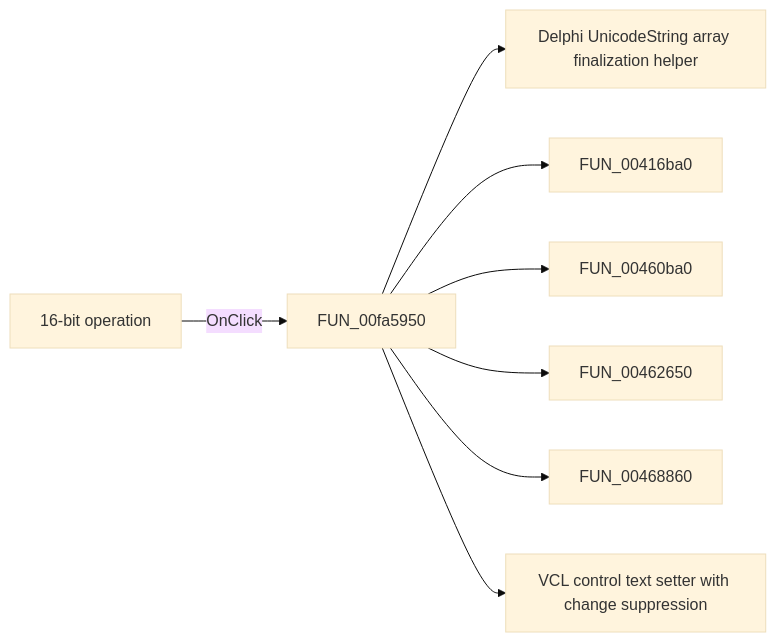
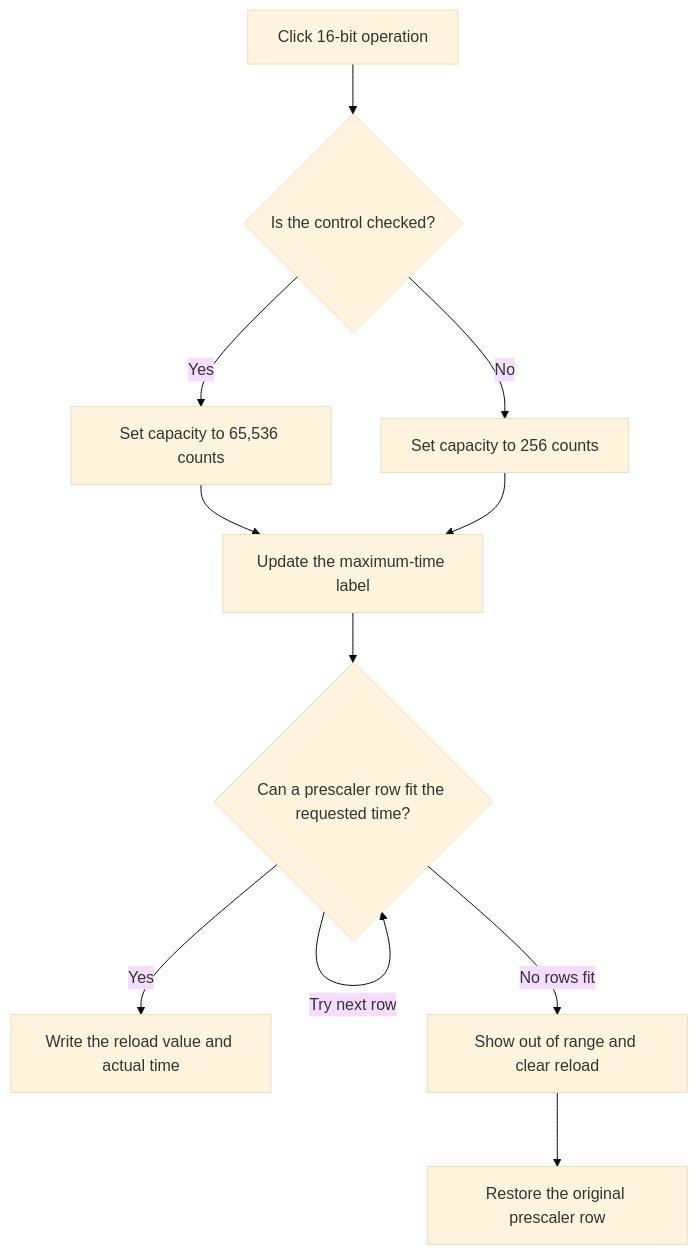
The diagram in docs/ui-controls/dlgflowchartinterruptpictmr1/bitszam1-a4066519b2.md (MovGP0/TIARA), drawn with Mermaid (base theme) before and after one commit. The commit also changed other lines of this file and 387 other files, not shown here.

````diff
--- a/docs/ui-controls/dlgflowchartinterruptpictmr1/bitszam1-a4066519b2.md
+++ b/docs/ui-controls/dlgflowchartinterruptpictmr1/bitszam1-a4066519b2.md
@@ -27,10 +31,13 @@
 ```mermaid
-flowchart LR
-    control["16-bit operation"] -->|OnClick| handler["FUN_00fa5950"]
-    handler --> call1["Delphi UnicodeString array finalization helper"]
-    handler --> call2["FUN_00416ba0"]
-    handler --> call3["FUN_00460ba0"]
-    handler --> call4["FUN_00462650"]
-    handler --> call5["FUN_00468860"]
-    handler --> call6["VCL control text setter with change suppression"]
+flowchart TD
+    control["Click 16-bit operation"] --> checked{"Is the control checked?"}
+    checked -->|Yes| wide["Set capacity to 65,536 counts"]
+    checked -->|No| narrow["Set capacity to 256 counts"]
+    wide --> maximum["Update the maximum-time label"]
+    narrow --> maximum
+    maximum --> fit{"Can a prescaler row fit the requested time?"}
+    fit -->|Try next row| fit
+    fit -->|Yes| result["Write the reload value and actual time"]
+    fit -->|No rows fit| error["Show out of range and clear reload"]
+    error --> restore["Restore the original prescaler row"]
 ```
````
